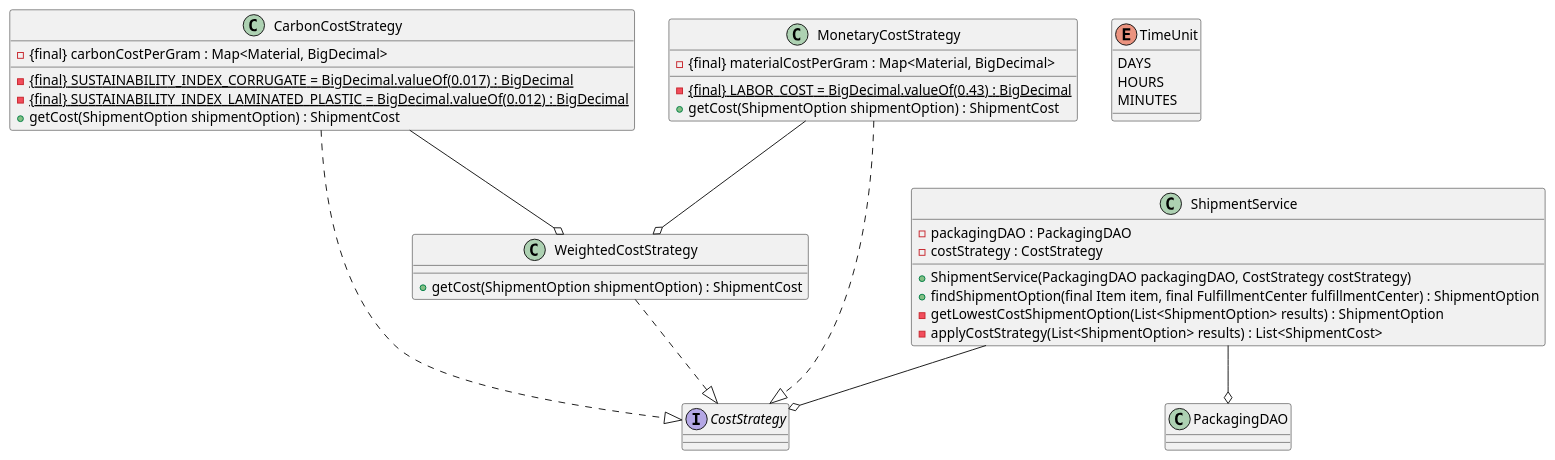
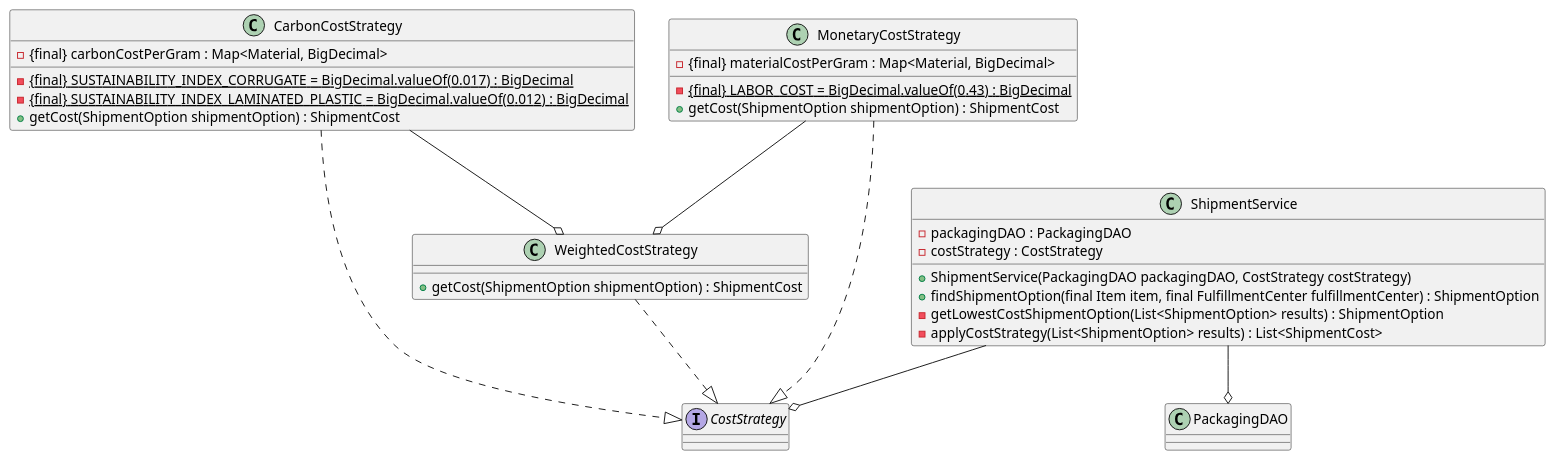
Before and after one commit to umasitaraman/Designing-With-Java: the diagram in src/resources/mastery_task_05_CD.puml, drawn with PlantUML.

```diff
--- a/src/resources/mastery_task_05_CD.puml
+++ b/src/resources/mastery_task_05_CD.puml
@@ -1,49 +1,43 @@
 @startuml
 'https://plantuml.com/class-diagram
 
 interface CostStrategy
 
 ShipmentService --o PackagingDAO
 ShipmentService --o CostStrategy
 CarbonCostStrategy ..|> CostStrategy
 MonetaryCostStrategy ..|> CostStrategy
 WeightedCostStrategy ..|> CostStrategy
 CarbonCostStrategy --o WeightedCostStrategy
 MonetaryCostStrategy --o WeightedCostStrategy
 
 class ShipmentService {
     - packagingDAO : PackagingDAO
     - costStrategy : CostStrategy
 
     + ShipmentService(PackagingDAO packagingDAO, CostStrategy costStrategy)
     + findShipmentOption(final Item item, final FulfillmentCenter fulfillmentCenter) : ShipmentOption
     - getLowestCostShipmentOption(List<ShipmentOption> results) : ShipmentOption
     - applyCostStrategy(List<ShipmentOption> results) : List<ShipmentCost>
 }
 
 class CarbonCostStrategy {
     - {static} {final} SUSTAINABILITY_INDEX_CORRUGATE = BigDecimal.valueOf(0.017) : BigDecimal
     - {static} {final} SUSTAINABILITY_INDEX_LAMINATED_PLASTIC = BigDecimal.valueOf(0.012) : BigDecimal
     - {final} carbonCostPerGram : Map<Material, BigDecimal>
 
     + getCost(ShipmentOption shipmentOption) : ShipmentCost
 }
 
 class MonetaryCostStrategy {
     - {static} {final} LABOR_COST = BigDecimal.valueOf(0.43) : BigDecimal
     - {final} materialCostPerGram : Map<Material, BigDecimal>
 
     + getCost(ShipmentOption shipmentOption) : ShipmentCost
 }
 class WeightedCostStrategy {
 
     + getCost(ShipmentOption shipmentOption) : ShipmentCost
 }
 
-enum TimeUnit {
-DAYS
-HOURS
-MINUTES
-}
-
 @enduml
```
